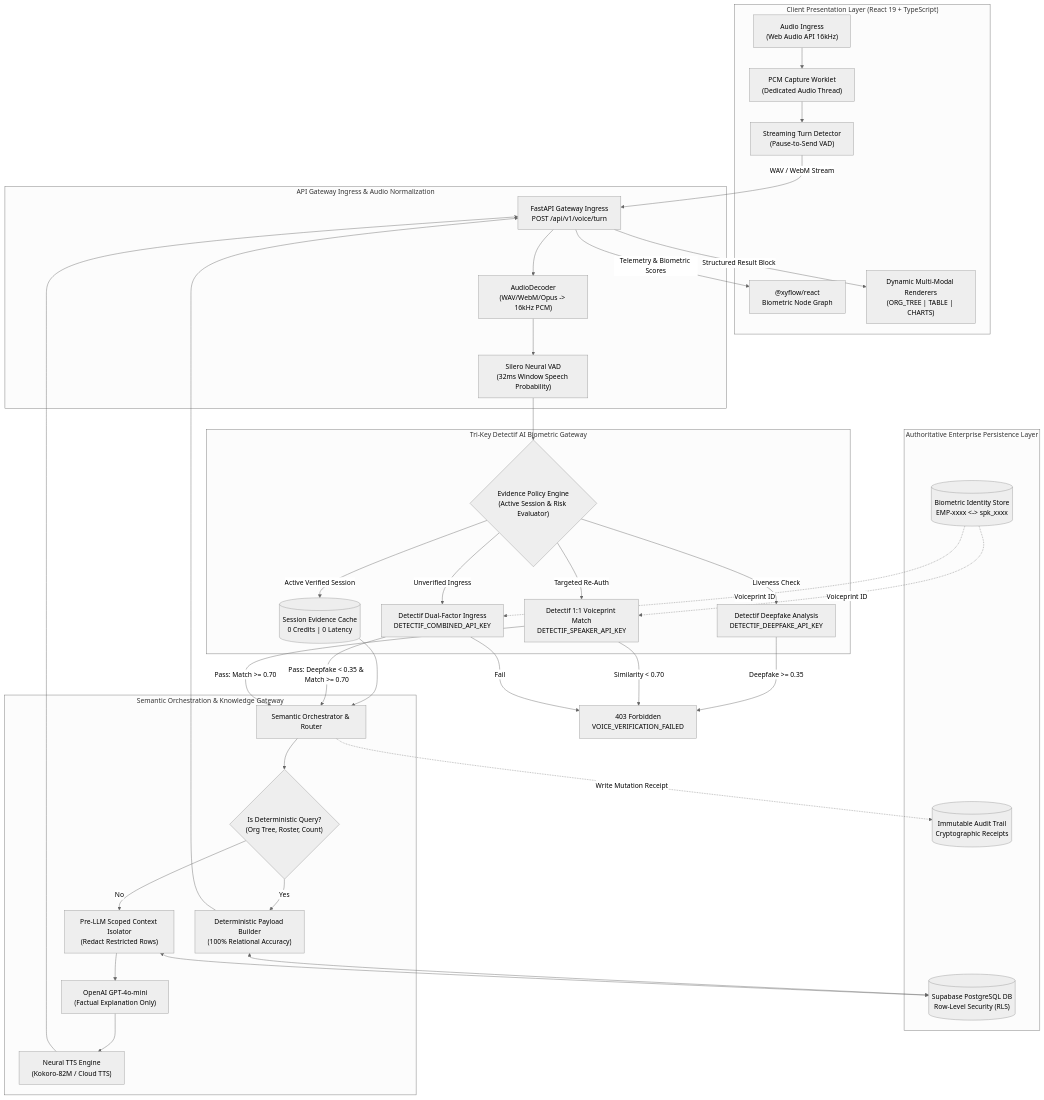
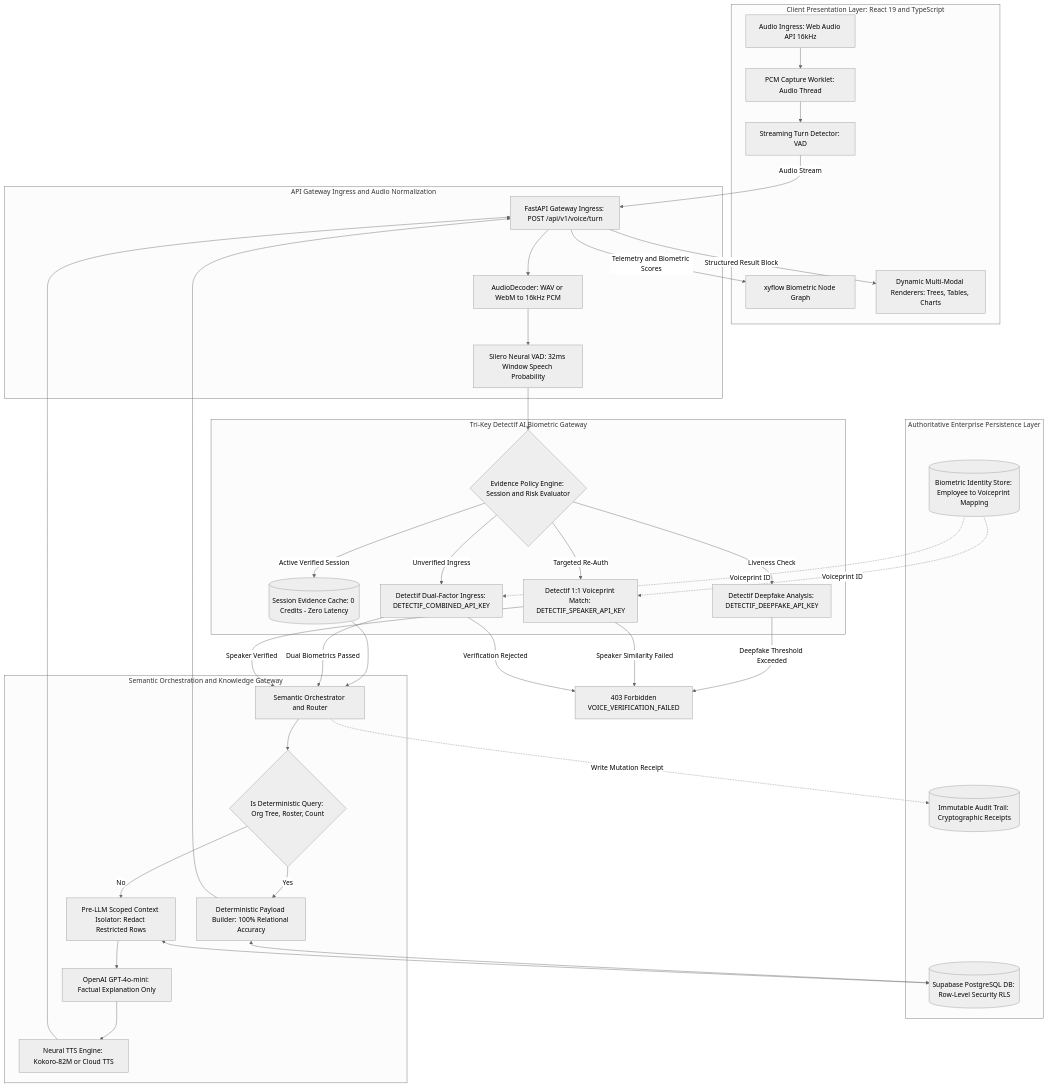
One commit to sharancode3/Intentlock changed the sixth of 9 diagrams in README.md. Above: the diagram before and after it, drawn with Mermaid (neutral theme). The commit also changed other lines of this file, not shown here.

Commit message:
fix(docs): resolve GitHub Mermaid parsing errors across all diagram specifications

````diff
--- a/README.md
+++ b/README.md
@@ -309,73 +309,73 @@
 ```mermaid
 flowchart TD
-    subgraph Client ["Client Presentation Layer (React 19 + TypeScript)"]
-        MIC["Audio Ingress<br/>(Web Audio API 16kHz)"]
-        WORKLET["PCM Capture Worklet<br/>(Dedicated Audio Thread)"]
-        TURN_DET["Streaming Turn Detector<br/>(Pause-to-Send VAD)"]
-        UI_GRAPH["@xyflow/react<br/>Biometric Node Graph"]
-        UI_CARDS["Dynamic Multi-Modal Renderers<br/>(ORG_TREE | TABLE | CHARTS)"]
+    subgraph Client ["Client Presentation Layer: React 19 and TypeScript"]
+        MIC["Audio Ingress: Web Audio API 16kHz"]
+        WORKLET["PCM Capture Worklet: Audio Thread"]
+        TURN_DET["Streaming Turn Detector: VAD"]
+        UI_GRAPH["xyflow Biometric Node Graph"]
+        UI_CARDS["Dynamic Multi-Modal Renderers: Trees, Tables, Charts"]
     end
 
-    subgraph Ingress ["API Gateway Ingress & Audio Normalization"]
-        GATEWAY["FastAPI Gateway Ingress<br/>POST /api/v1/voice/turn"]
-        AUDIO_DEC["AudioDecoder<br/>(WAV/WebM/Opus -> 16kHz PCM)"]
-        SILERO_VAD["Silero Neural VAD<br/>(32ms Window Speech Probability)"]
+    subgraph Ingress ["API Gateway Ingress and Audio Normalization"]
+        GATEWAY["FastAPI Gateway Ingress: POST /api/v1/voice/turn"]
+        AUDIO_DEC["AudioDecoder: WAV or WebM to 16kHz PCM"]
+        SILERO_VAD["Silero Neural VAD: 32ms Window Speech Probability"]
     end
 
     subgraph Biometrics ["Tri-Key Detectif AI Biometric Gateway"]
-        EVID_POLICY{"Evidence Policy Engine<br/>(Active Session & Risk Evaluator)"}
-        DET_DF["Detectif Deepfake Analysis<br/>DETECTIF_DEEPFAKE_API_KEY"]
-        DET_SPK["Detectif 1:1 Voiceprint Match<br/>DETECTIF_SPEAKER_API_KEY"]
-        DET_COMB["Detectif Dual-Factor Ingress<br/>DETECTIF_COMBINED_API_KEY"]
-        REUSE_CACHE[("Session Evidence Cache<br/>0 Credits | 0 Latency")]
+        EVID_POLICY{"Evidence Policy Engine: Session and Risk Evaluator"}
+        DET_DF["Detectif Deepfake Analysis: DETECTIF_DEEPFAKE_API_KEY"]
+        DET_SPK["Detectif 1:1 Voiceprint Match: DETECTIF_SPEAKER_API_KEY"]
+        DET_COMB["Detectif Dual-Factor Ingress: DETECTIF_COMBINED_API_KEY"]
+        REUSE_CACHE[("Session Evidence Cache: 0 Credits - Zero Latency")]
     end
 
     subgraph Storage ["Authoritative Enterprise Persistence Layer"]
-        PG_DB[("Supabase PostgreSQL DB<br/>Row-Level Security (RLS)")]
-        ID_MAP[("Biometric Identity Store<br/>EMP-xxxx <-> spk_xxxx")]
-        AUDIT_STORE[("Immutable Audit Trail<br/>Cryptographic Receipts")]
+        PG_DB[("Supabase PostgreSQL DB: Row-Level Security RLS")]
+        ID_MAP[("Biometric Identity Store: Employee to Voiceprint Mapping")]
+        AUDIT_STORE[("Immutable Audit Trail: Cryptographic Receipts")]
     end
 
-    subgraph Dispatch ["Semantic Orchestration & Knowledge Gateway"]
-        ORCH["Semantic Orchestrator & Router"]
-        FAST_PATH{"Is Deterministic Query?<br/>(Org Tree, Roster, Count)"}
-        DET_BUILDER["Deterministic Payload Builder<br/>(100% Relational Accuracy)"]
-        PRE_LLM["Pre-LLM Scoped Context Isolator<br/>(Redact Restricted Rows)"]
-        OPENAI["OpenAI GPT-4o-mini<br/>(Factual Explanation Only)"]
-        KOKORO_TTS["Neural TTS Engine<br/>(Kokoro-82M / Cloud TTS)"]
+    subgraph Dispatch ["Semantic Orchestration and Knowledge Gateway"]
+        ORCH["Semantic Orchestrator and Router"]
+        FAST_PATH{"Is Deterministic Query: Org Tree, Roster, Count"}
+        DET_BUILDER["Deterministic Payload Builder: 100% Relational Accuracy"]
+        PRE_LLM["Pre-LLM Scoped Context Isolator: Redact Restricted Rows"]
+        OPENAI["OpenAI GPT-4o-mini: Factual Explanation Only"]
+        KOKORO_TTS["Neural TTS Engine: Kokoro-82M or Cloud TTS"]
     end
 
-    MIC --> WORKLET --> TURN_DET -->|WAV / WebM Stream| GATEWAY
+    MIC --> WORKLET --> TURN_DET -->|Audio Stream| GATEWAY
     GATEWAY --> AUDIO_DEC --> SILERO_VAD
     SILERO_VAD --> EVID_POLICY
 
     EVID_POLICY -->|Active Verified Session| REUSE_CACHE
     EVID_POLICY -->|Unverified Ingress| DET_COMB
     EVID_POLICY -->|Targeted Re-Auth| DET_SPK
     EVID_POLICY -->|Liveness Check| DET_DF
     ID_MAP -.->|Voiceprint ID| DET_SPK
     ID_MAP -.->|Voiceprint ID| DET_COMB
 
-    DET_DF -->|Deepfake >= 0.35| REJECT["403 Forbidden<br/>VOICE_VERIFICATION_FAILED"]
-    DET_SPK -->|Similarity < 0.70| REJECT
-    DET_COMB -->|Fail| REJECT
+    DET_DF -->|Deepfake Threshold Exceeded| REJECT["403 Forbidden<br/>VOICE_VERIFICATION_FAILED"]
+    DET_SPK -->|Speaker Similarity Failed| REJECT
+    DET_COMB -->|Verification Rejected| REJECT
 
     REUSE_CACHE --> ORCH
-    DET_COMB -->|Pass: Deepfake < 0.35 & Match >= 0.70| ORCH
-    DET_SPK -->|Pass: Match >= 0.70| ORCH
+    DET_COMB -->|Dual Biometrics Passed| ORCH
+    DET_SPK -->|Speaker Verified| ORCH
 
     ORCH --> FAST_PATH
     FAST_PATH -->|Yes| DET_BUILDER
     FAST_PATH -->|No| PRE_LLM
 
     DET_BUILDER <--> PG_DB
     PRE_LLM <--> PG_DB
     PRE_LLM --> OPENAI
 
     DET_BUILDER --> GATEWAY
     OPENAI --> KOKORO_TTS --> GATEWAY
     ORCH -.->|Write Mutation Receipt| AUDIT_STORE
 
     GATEWAY -->|Structured Result Block| UI_CARDS
-    GATEWAY -->|Telemetry & Biometric Scores| UI_GRAPH
+    GATEWAY -->|Telemetry and Biometric Scores| UI_GRAPH
 ```
````
